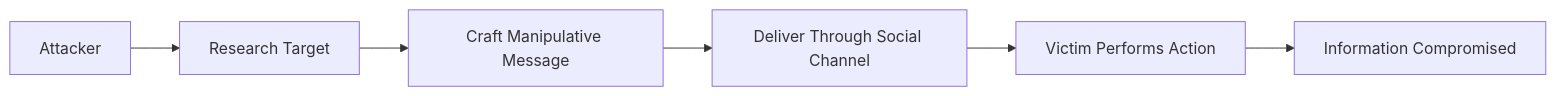
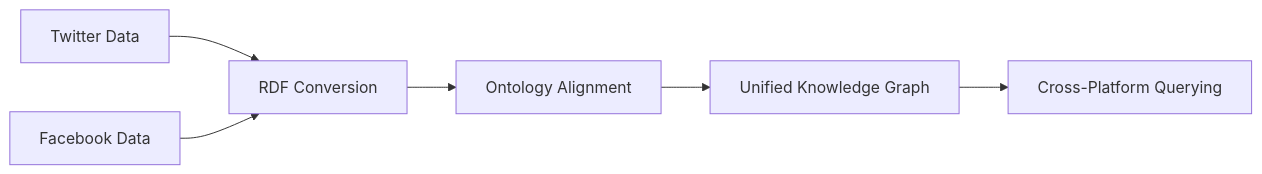
Before and after one commit to KishoreRam-M/SocialNetworkEnginnering: the seventh of 7 diagrams in Unit-1 /12-Marks.md, drawn with Mermaid. The commit also changed other lines of this file, not shown here.

````diff
--- a/Unit-1 /12-Marks.md
+++ b/Unit-1 /12-Marks.md
@@ -322,8 +211,8 @@
 ```mermaid
-graph LR
-A[Attacker] --> B[Research Target]
-B --> C[Craft Manipulative Message]
-C --> D[Deliver Through Social Channel]
-D --> E[Victim Performs Action]
-E --> F[Information Compromised]
+flowchart LR
+A[Twitter Data] --> B[RDF Conversion]
+C[Facebook Data] --> B
+B --> D[Ontology Alignment]
+D --> E[Unified Knowledge Graph]
+E --> F[Cross-Platform Querying]
 ```
````
